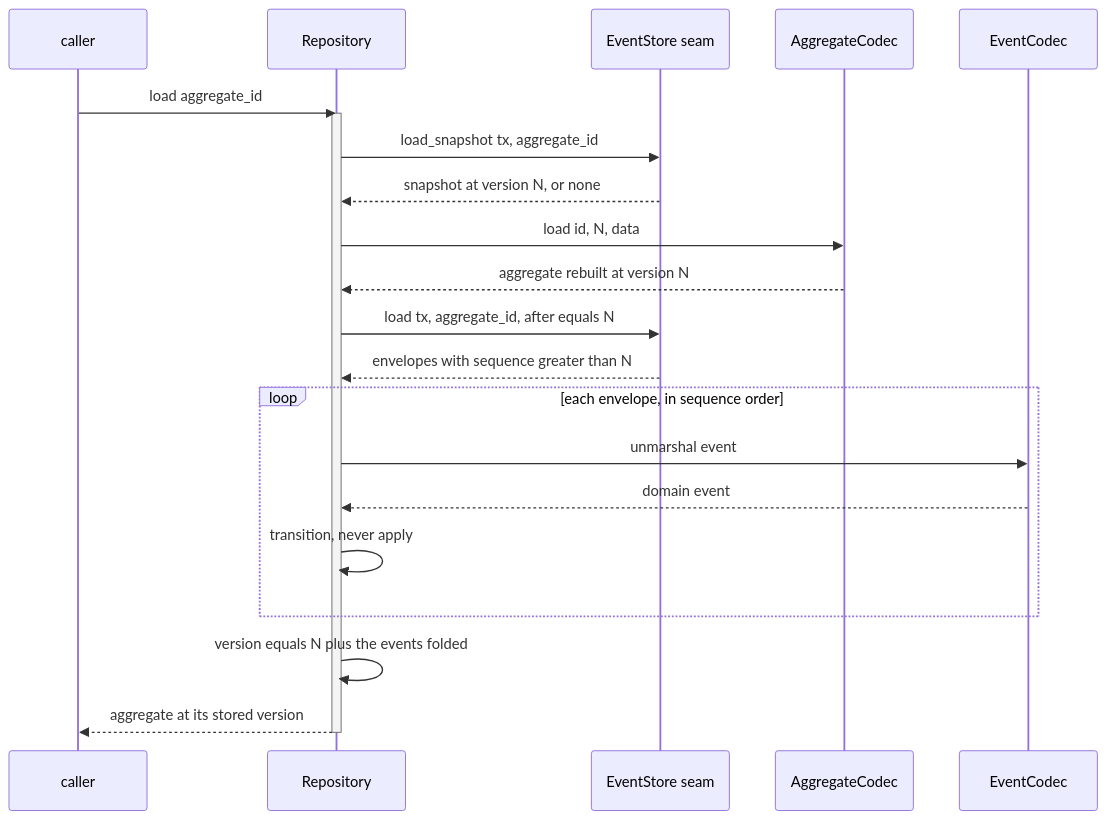
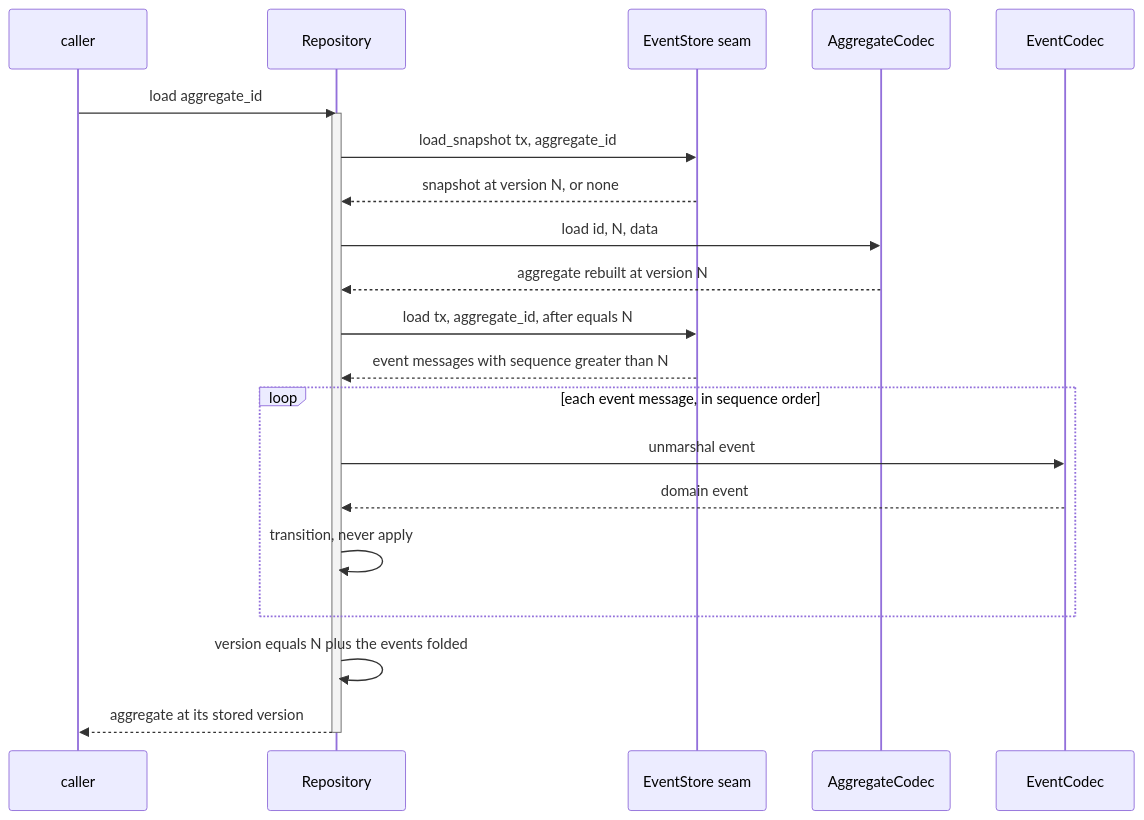
Before and after one commit to haskian/edax: the second of 4 diagrams in docs/sdk/aggregates.md, drawn with Mermaid. The commit also changed other lines of this file and 175 other files, not shown here.

````diff
--- a/docs/sdk/aggregates.md
+++ b/docs/sdk/aggregates.md
@@ -122,25 +122,25 @@
 ```mermaid
 sequenceDiagram
     participant C as caller
     participant R as Repository
     participant S as EventStore seam
     participant AC as AggregateCodec
     participant EC as EventCodec
 
     C->>R: load aggregate_id
     activate R
     R->>S: load_snapshot tx, aggregate_id
     S-->>R: snapshot at version N, or none
     R->>AC: load id, N, data
     AC-->>R: aggregate rebuilt at version N
     R->>S: load tx, aggregate_id, after equals N
-    S-->>R: envelopes with sequence greater than N
-    loop each envelope, in sequence order
+    S-->>R: event messages with sequence greater than N
+    loop each event message, in sequence order
         R->>EC: unmarshal event
         EC-->>R: domain event
         R->>R: transition, never apply
     end
     R->>R: version equals N plus the events folded
     R-->>C: aggregate at its stored version
     deactivate R
 ```
````
